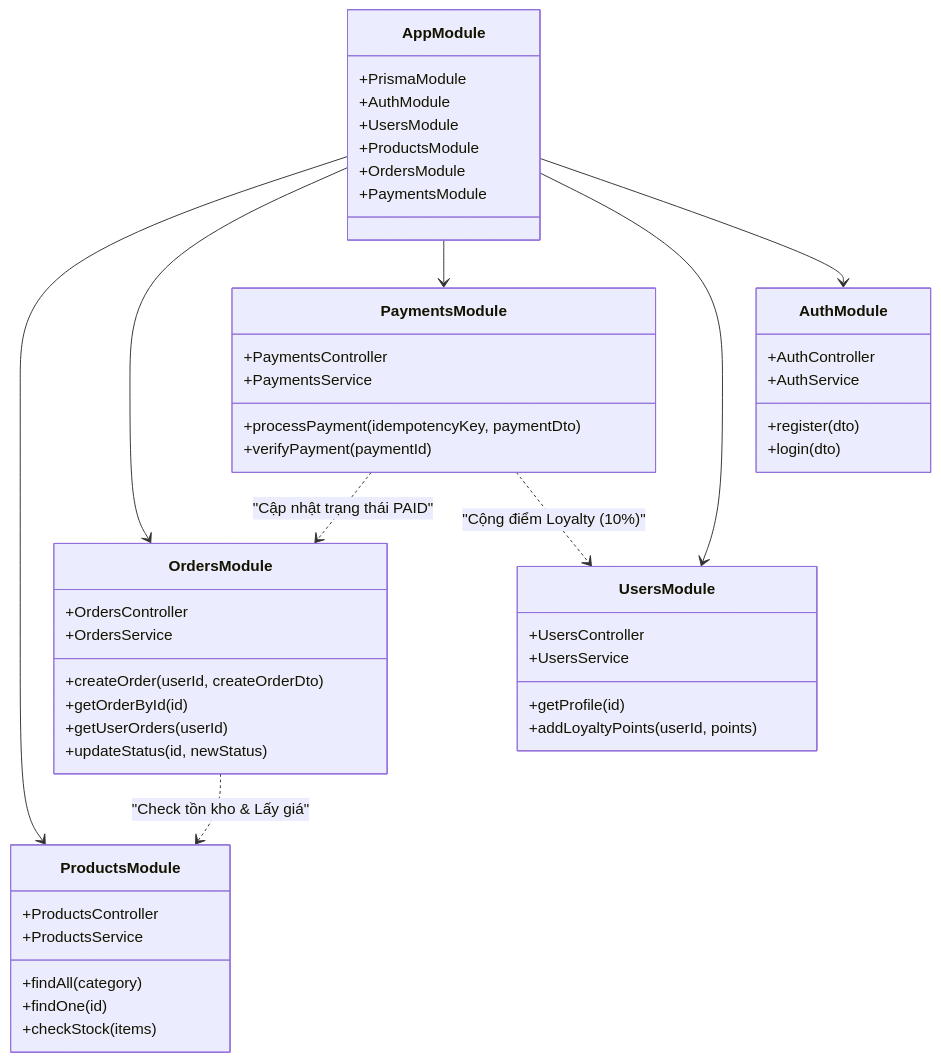
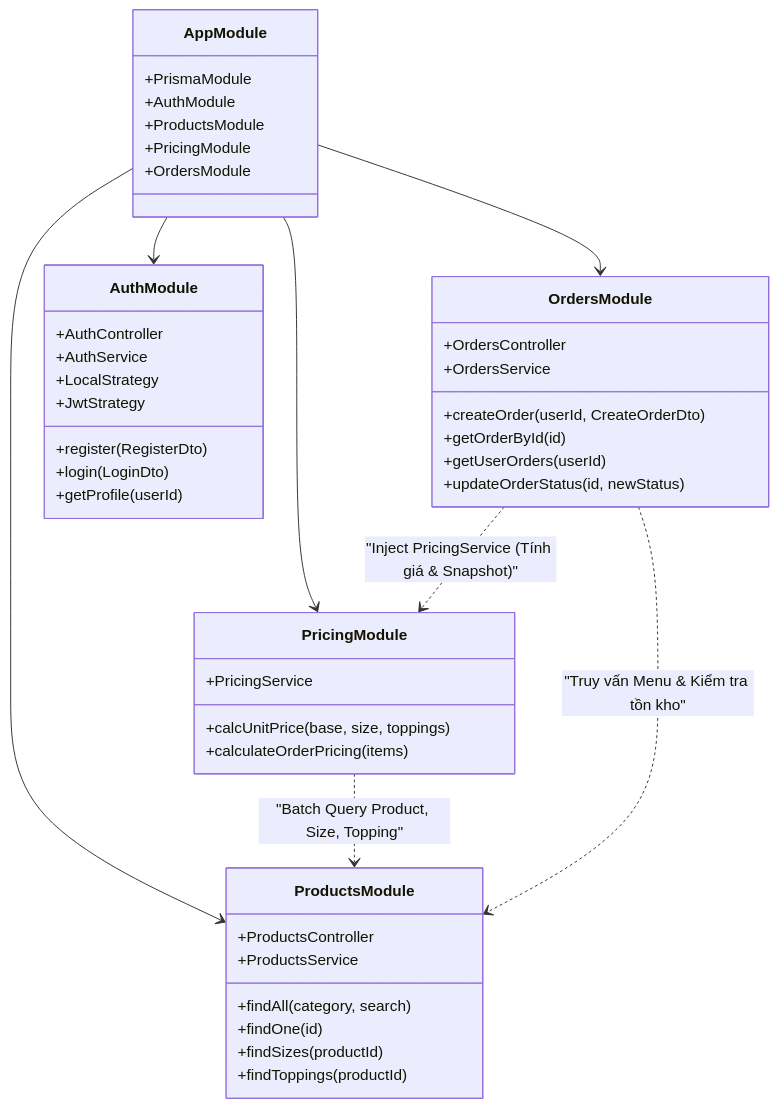
The third of 6 diagrams in docs/architecture.md (Minh628/BrewLite), drawn with Mermaid before and after one commit. The commit also changed other lines of this file, not shown here.

Commit message:
docs(architecture): update architecture documentation and erd v2 for sprint 2

````diff
--- a/docs/architecture.md
+++ b/docs/architecture.md
@@ -213,58 +109,53 @@
 ```mermaid
 classDiagram
     class AppModule {
         +PrismaModule
         +AuthModule
-        +UsersModule
         +ProductsModule
+        +PricingModule
         +OrdersModule
-        +PaymentsModule
     }
 
     class ProductsModule {
         +ProductsController
         +ProductsService
-        +findAll(category)
+        +findAll(category, search)
         +findOne(id)
-        +checkStock(items)
+        +findSizes(productId)
+        +findToppings(productId)
+    }
+
+    class AuthModule {
+        +AuthController
+        +AuthService
+        +LocalStrategy
+        +JwtStrategy
+        +register(RegisterDto)
+        +login(LoginDto)
+        +getProfile(userId)
+    }
+
+    class PricingModule {
+        +PricingService
+        +calcUnitPrice(base, size, toppings)
+        +calculateOrderPricing(items)
     }
 
     class OrdersModule {
         +OrdersController
         +OrdersService
-        +createOrder(userId, createOrderDto)
+        +createOrder(userId, CreateOrderDto)
         +getOrderById(id)
         +getUserOrders(userId)
-        +updateStatus(id, newStatus)
-    }
-
-    class PaymentsModule {
-        +PaymentsController
-        +PaymentsService
-        +processPayment(idempotencyKey, paymentDto)
-        +verifyPayment(paymentId)
-    }
-
-    class UsersModule {
-        +UsersController
-        +UsersService
-        +getProfile(id)
-        +addLoyaltyPoints(userId, points)
-    }
-
-    class AuthModule {
-        +AuthController
-        +AuthService
-        +register(dto)
-        +login(dto)
+        +updateOrderStatus(id, newStatus)
     }
 
     AppModule --> ProductsModule
+    AppModule --> AuthModule
+    AppModule --> PricingModule
     AppModule --> OrdersModule
-    AppModule --> PaymentsModule
-    AppModule --> UsersModule
-    AppModule --> AuthModule
-    OrdersModule ..> ProductsModule : "Check tồn kho & Lấy giá"
-    PaymentsModule ..> OrdersModule : "Cập nhật trạng thái PAID"
-    PaymentsModule ..> UsersModule : "Cộng điểm Loyalty (10%)"
+
+    OrdersModule ..> PricingModule : "Inject PricingService (Tính giá & Snapshot)"
+    OrdersModule ..> ProductsModule : "Truy vấn Menu & Kiểm tra tồn kho"
+    PricingModule ..> ProductsModule : "Batch Query Product, Size, Topping"
 ```
````
